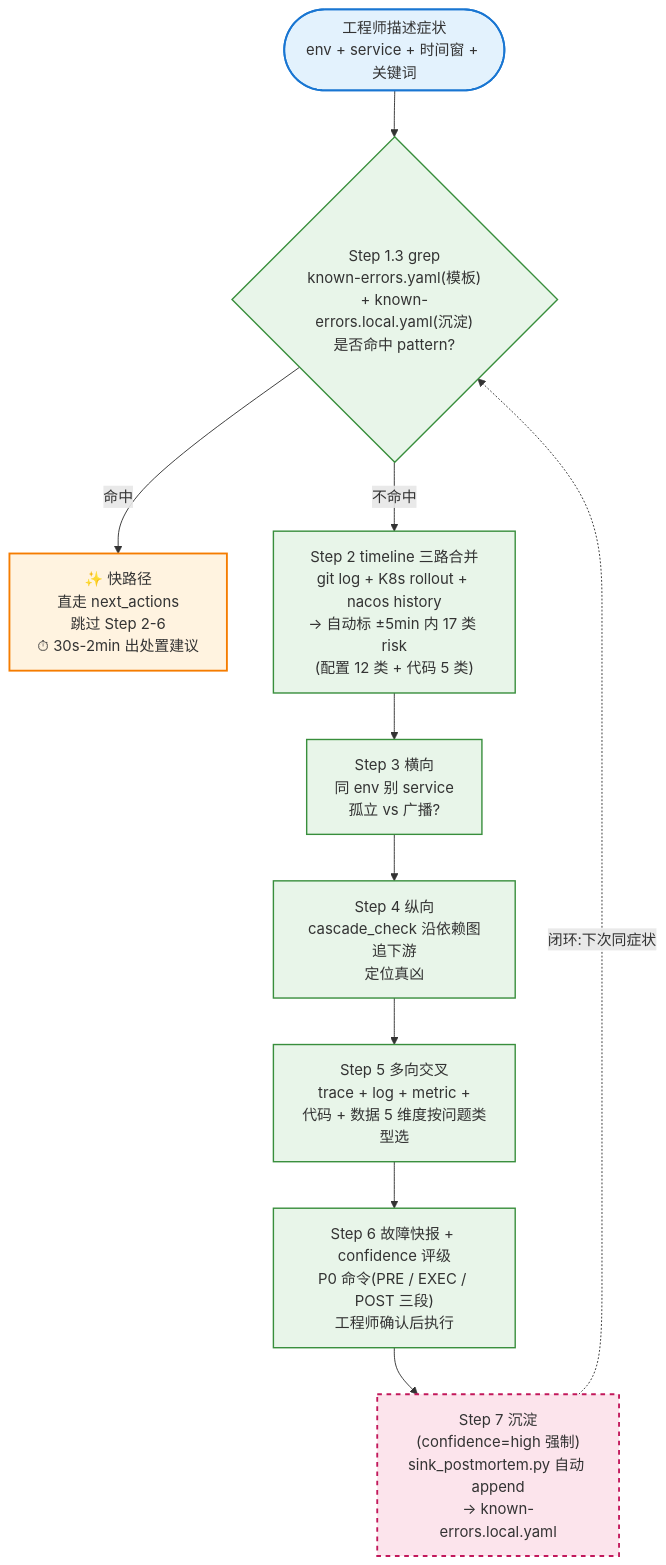
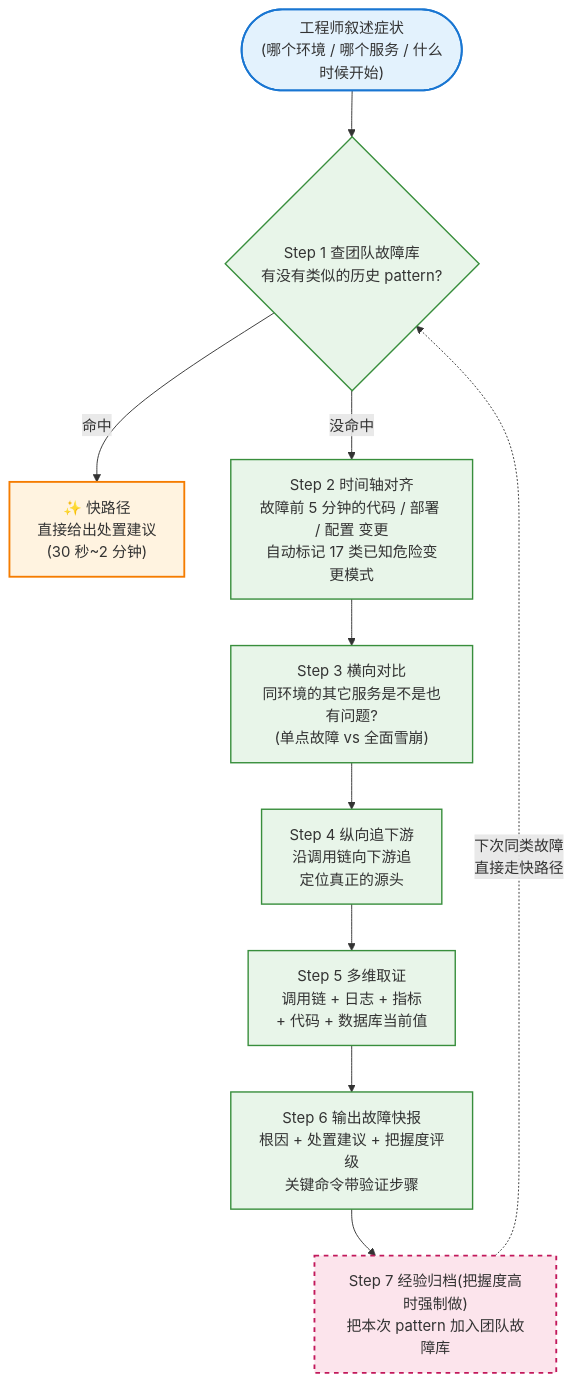
One commit to 452562082/troubleshooter-studio changed the second of 3 diagrams in docs/agent-application.md. Above: the diagram before and after it, drawn with Mermaid. The commit also changed other lines of this file, not shown here.

First line of the commit message:
申报材料流程图换"评审看得懂"的中文术语,去掉文件名/脚本名 jargon

````diff
--- a/docs/agent-application.md
+++ b/docs/agent-application.md
@@ -111,22 +115,22 @@
 ```mermaid
 flowchart TB
     classDef step fill:#e8f5e9,stroke:#388e3c,stroke-width:1.5px
     classDef fast fill:#fff3e0,stroke:#f57c00,stroke-width:2px
     classDef start fill:#e3f2fd,stroke:#1976d2,stroke-width:2px
     classDef loop fill:#fce4ec,stroke:#c2185b,stroke-width:2px,stroke-dasharray:5
 
-    Start(["工程师描述症状<br/>env + service + 时间窗 + 关键词"]):::start
-    S1{"Step 1.3 grep<br/>known-errors.yaml(模板)<br/>+ known-errors.local.yaml(沉淀)<br/>是否命中 pattern?"}:::step
-    Fast["✨ 快路径<br/>直走 next_actions<br/>跳过 Step 2-6<br/>⏱ 30s-2min 出处置建议"]:::fast
-    S2["Step 2 timeline 三路合并<br/>git log + K8s rollout + nacos history<br/>→ 自动标 ±5min 内 17 类 risk<br/>(配置 12 类 + 代码 5 类)"]:::step
-    S3["Step 3 横向<br/>同 env 别 service<br/>孤立 vs 广播?"]:::step
-    S4["Step 4 纵向<br/>cascade_check 沿依赖图追下游<br/>定位真凶"]:::step
-    S5["Step 5 多向交叉<br/>trace + log + metric +<br/>代码 + 数据 5 维度按问题类型选"]:::step
-    S6["Step 6 故障快报 + confidence 评级<br/>P0 命令(PRE / EXEC / POST 三段)<br/>工程师确认后执行"]:::step
-    S7["Step 7 沉淀(confidence=high 强制)<br/>sink_postmortem.py 自动 append<br/>→ known-errors.local.yaml"]:::loop
+    Start(["工程师叙述症状<br/>(哪个环境 / 哪个服务 / 什么时候开始)"]):::start
+    S1{"Step 1 查团队故障库<br/>有没有类似的历史 pattern?"}:::step
+    Fast["✨ 快路径<br/>直接给出处置建议<br/>(30 秒~2 分钟)"]:::fast
+    S2["Step 2 时间轴对齐<br/>故障前 5 分钟的代码 / 部署 / 配置 变更<br/>自动标记 17 类已知危险变更模式"]:::step
+    S3["Step 3 横向对比<br/>同环境的其它服务是不是也有问题?<br/>(单点故障 vs 全面雪崩)"]:::step
+    S4["Step 4 纵向追下游<br/>沿调用链向下游追<br/>定位真正的源头"]:::step
+    S5["Step 5 多维取证<br/>调用链 + 日志 + 指标<br/>+ 代码 + 数据库当前值"]:::step
+    S6["Step 6 输出故障快报<br/>根因 + 处置建议 + 把握度评级<br/>关键命令带验证步骤"]:::step
+    S7["Step 7 经验归档(把握度高时强制做)<br/>把本次 pattern 加入团队故障库"]:::loop
 
     Start --> S1
     S1 -->|命中| Fast
-    S1 -->|不命中| S2 --> S3 --> S4 --> S5 --> S6 --> S7
-    S7 -.闭环:下次同症状.-> S1
+    S1 -->|没命中| S2 --> S3 --> S4 --> S5 --> S6 --> S7
+    S7 -.下次同类故障<br/>直接走快路径.-> S1
 ```
````
